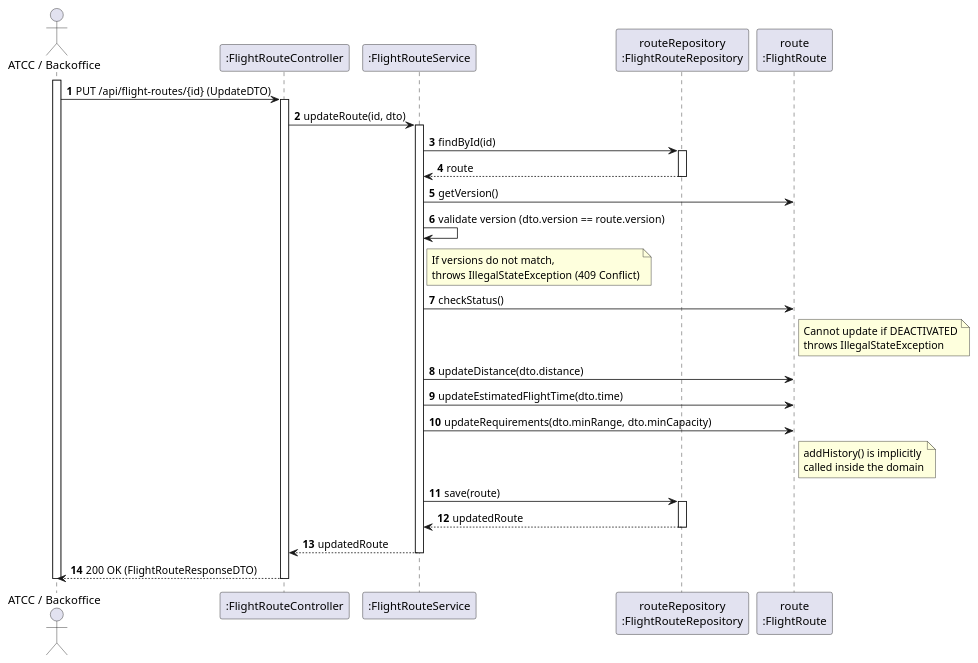
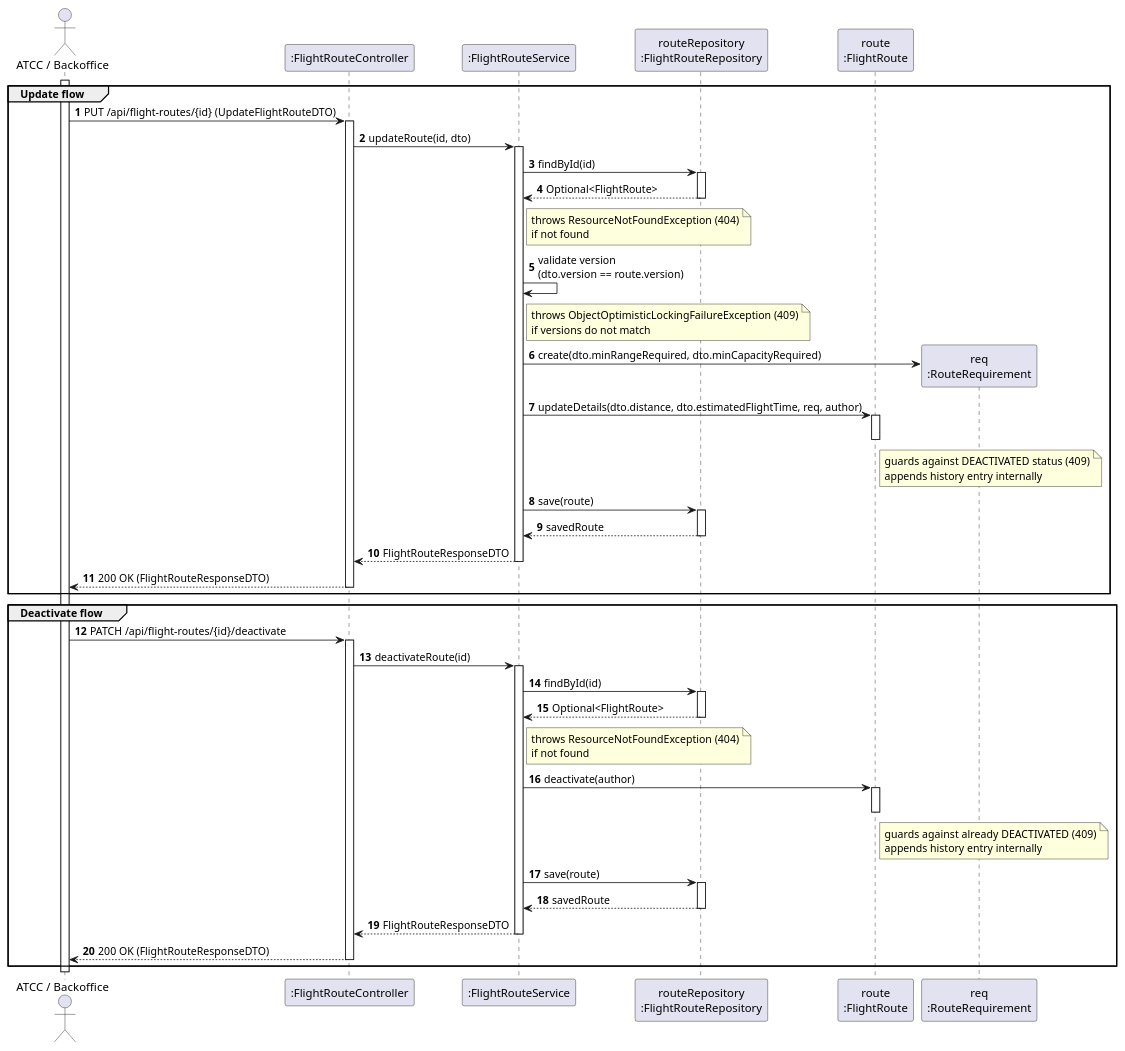
The diagram in docs/use-cases/WP#3A/US112/puml/US112-SD.puml (Andre-1240567/psoft2026_2DB_1240567_1241013_1240624), drawn with PlantUML before and after one commit. The commit also changed 34 other files, not shown here.

```diff
--- a/docs/use-cases/WP#3A/US112/puml/US112-SD.puml
+++ b/docs/use-cases/WP#3A/US112/puml/US112-SD.puml
@@ -1,47 +1,76 @@
 @startuml
 autonumber
 actor "ATCC / Backoffice" as Actor
 participant ":FlightRouteController" as Ctrl
 participant ":FlightRouteService" as Service
 participant "routeRepository\n:FlightRouteRepository" as Repo
 participant "route\n:FlightRoute" as Route
+participant "req\n:RouteRequirement" as Req
 
 activate Actor
-Actor -> Ctrl: PUT /api/flight-routes/{id} (UpdateDTO)
+
+group Update flow
+Actor -> Ctrl: PUT /api/flight-routes/{id} (UpdateFlightRouteDTO)
 activate Ctrl
 
 Ctrl -> Service: updateRoute(id, dto)
 activate Service
 
 Service -> Repo: findById(id)
 activate Repo
-Repo --> Service: route
+Repo --> Service: Optional<FlightRoute>
+deactivate Repo
+note right of Service: throws ResourceNotFoundException (404)\nif not found
+
+Service -> Service: validate version\n(dto.version == route.version)
+note right of Service: throws ObjectOptimisticLockingFailureException (409)\nif versions do not match
+
+Service -> Req**: create(dto.minRangeRequired, dto.minCapacityRequired)
+
+Service -> Route: updateDetails(dto.distance, dto.estimatedFlightTime, req, author)
+activate Route
+note right of Route: guards against DEACTIVATED status (409)\nappends history entry internally
+deactivate Route
+
+Service -> Repo: save(route)
+activate Repo
+Repo --> Service: savedRoute
 deactivate Repo
 
-' A Magia da Concorrência
-Service -> Route: getVersion()
-Service -> Service: validate version (dto.version == route.version)
-note right of Service: If versions do not match,\nthrows IllegalStateException (409 Conflict)
+Service --> Ctrl: FlightRouteResponseDTO
+deactivate Service
+Ctrl --> Actor: 200 OK (FlightRouteResponseDTO)
+deactivate Ctrl
+end
 
-Service -> Route: checkStatus()
-note right of Route: Cannot update if DEACTIVATED\nthrows IllegalStateException
+group Deactivate flow
+Actor -> Ctrl: PATCH /api/flight-routes/{id}/deactivate
+activate Ctrl
 
-' Atualização
-Service -> Route: updateDistance(dto.distance)
-Service -> Route: updateEstimatedFlightTime(dto.time)
-Service -> Route: updateRequirements(dto.minRange, dto.minCapacity)
-note right of Route: addHistory() is implicitly\ncalled inside the domain
+Ctrl -> Service: deactivateRoute(id)
+activate Service
 
-' Persistência
+Service -> Repo: findById(id)
+activate Repo
+Repo --> Service: Optional<FlightRoute>
+deactivate Repo
+note right of Service: throws ResourceNotFoundException (404)\nif not found
+
+Service -> Route: deactivate(author)
+activate Route
+note right of Route: guards against already DEACTIVATED (409)\nappends history entry internally
+deactivate Route
+
 Service -> Repo: save(route)
 activate Repo
-Repo --> Service: updatedRoute
+Repo --> Service: savedRoute
 deactivate Repo
 
-Service --> Ctrl: updatedRoute
+Service --> Ctrl: FlightRouteResponseDTO
 deactivate Service
-
 Ctrl --> Actor: 200 OK (FlightRouteResponseDTO)
 deactivate Ctrl
+end
+
 deactivate Actor
 @enduml
```
